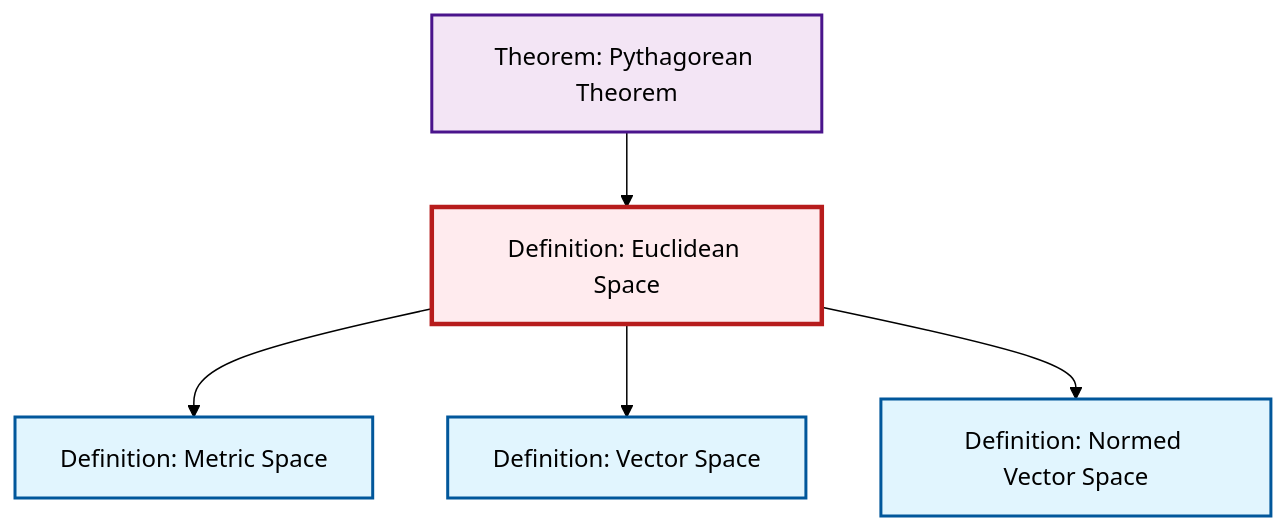
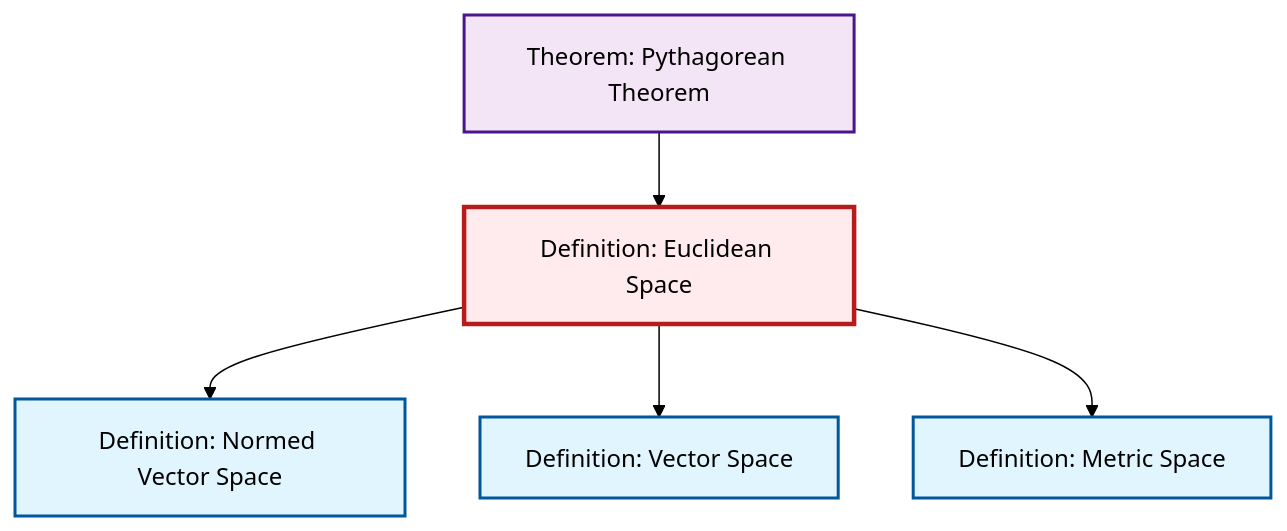
One commit to RK0429/ModernMath changed the second of 2 diagrams in content/en/geometry/def-euclidean-space.qmd. Above: the diagram before and after it, drawn with Mermaid (forest theme). The commit also changed other lines of this file and 1012 other files, not shown here.

````diff
--- a/content/en/geometry/def-euclidean-space.qmd
+++ b/content/en/geometry/def-euclidean-space.qmd
@@ -69,23 +69,23 @@
 ```{mermaid}
 %%| fig-cap: "Local dependency graph"
 graph TD
     classDef definition fill:#e1f5fe,stroke:#01579b,stroke-width:2px
     classDef theorem fill:#f3e5f5,stroke:#4a148c,stroke-width:2px
     classDef axiom fill:#fff3e0,stroke:#e65100,stroke-width:2px
     classDef example fill:#e8f5e9,stroke:#1b5e20,stroke-width:2px
     classDef current fill:#ffebee,stroke:#b71c1c,stroke-width:3px
     def-vector-space["Definition: Vector Space"]:::definition
+    def-euclidean-space["Definition: Euclidean Space"]:::definition
+    thm-pythagorean["Theorem: Pythagorean Theorem"]:::theorem
     def-metric-space["Definition: Metric Space"]:::definition
     def-normed-vector-space["Definition: Normed Vector Space"]:::definition
-    thm-pythagorean["Theorem: Pythagorean Theorem"]:::theorem
-    def-euclidean-space["Definition: Euclidean Space"]:::definition
-    def-euclidean-space --> def-metric-space
+    def-euclidean-space --> def-normed-vector-space
     def-euclidean-space --> def-vector-space
     thm-pythagorean --> def-euclidean-space
-    def-euclidean-space --> def-normed-vector-space
+    def-euclidean-space --> def-metric-space
     class def-euclidean-space current
     click def-vector-space "def-vector-space.html" "Go to Vector Space definition"
+    click thm-pythagorean "thm-pythagorean.html" "Go to Pythagorean Theorem theorem"
     click def-metric-space "def-metric-space.html" "Go to Metric Space definition"
     click def-normed-vector-space "def-normed-vector-space.html" "Go to Normed Vector Space definition"
-    click thm-pythagorean "thm-pythagorean.html" "Go to Pythagorean Theorem theorem"
 ```
````
